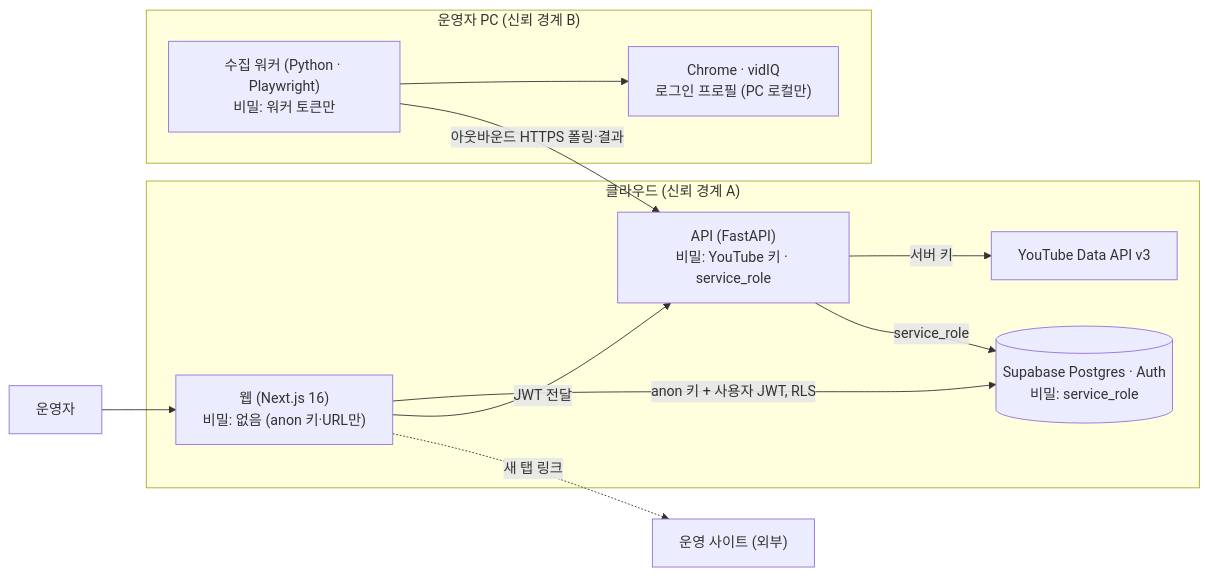
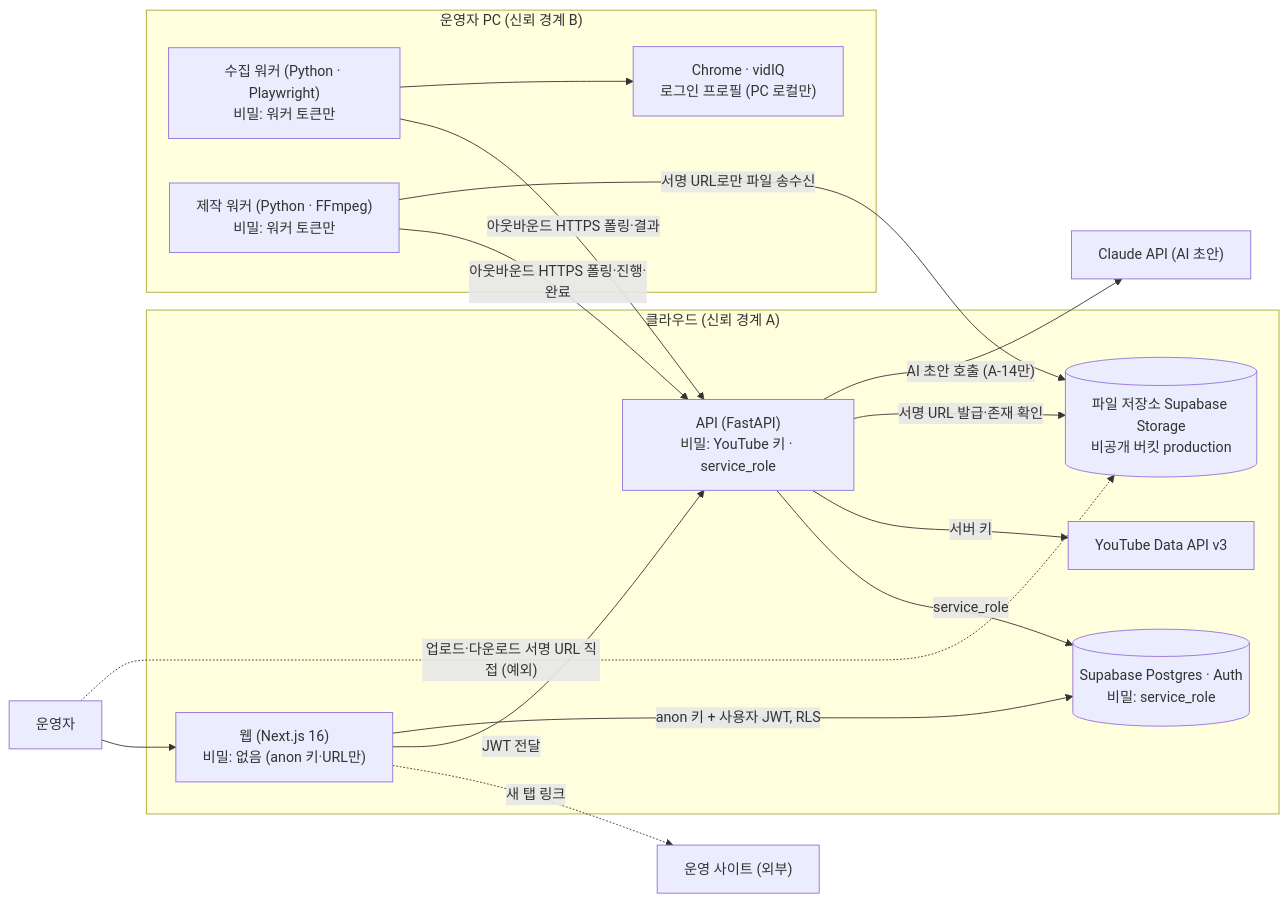
One commit to DevOps0906/Nomadroom-Studio changed the diagram in docs/diagrams/architecture.mmd. Above: the diagram before and after it, drawn with Mermaid. The commit also changed 52 other files, not shown here.

```diff
--- a/docs/diagrams/architecture.mmd
+++ b/docs/diagrams/architecture.mmd
@@ -1,21 +1,29 @@
 flowchart LR
   user["운영자"]
   ext["운영 사이트 (외부)"]
   subgraph cloud["클라우드 (신뢰 경계 A)"]
     web["웹 (Next.js 16)<br/>비밀: 없음 (anon 키·URL만)"]
     api["API (FastAPI)<br/>비밀: YouTube 키 · service_role"]
     db[("Supabase Postgres · Auth<br/>비밀: service_role")]
     yt["YouTube Data API v3"]
+    storage[("파일 저장소 Supabase Storage<br/>비공개 버킷 production")]
   end
+  claude["Claude API (AI 초안)"]
   subgraph pc["운영자 PC (신뢰 경계 B)"]
     worker["수집 워커 (Python · Playwright)<br/>비밀: 워커 토큰만"]
     chrome["Chrome · vidIQ<br/>로그인 프로필 (PC 로컬만)"]
+    prodw["제작 워커 (Python · FFmpeg)<br/>비밀: 워커 토큰만"]
   end
   user --> web
   web -.->|"새 탭 링크"| ext
   web -->|"JWT 전달"| api
   web -->|"anon 키 + 사용자 JWT, RLS"| db
   api -->|"service_role"| db
   api -->|"서버 키"| yt
   worker -->|"아웃바운드 HTTPS 폴링·결과"| api
   worker --> chrome
+  user -.->|"업로드·다운로드 서명 URL 직접 (예외)"| storage
+  api -->|"서명 URL 발급·존재 확인"| storage
+  api -->|"AI 초안 호출 (A-14만)"| claude
+  prodw -->|"아웃바운드 HTTPS 폴링·진행·완료"| api
+  prodw -->|"서명 URL로만 파일 송수신"| storage
```
